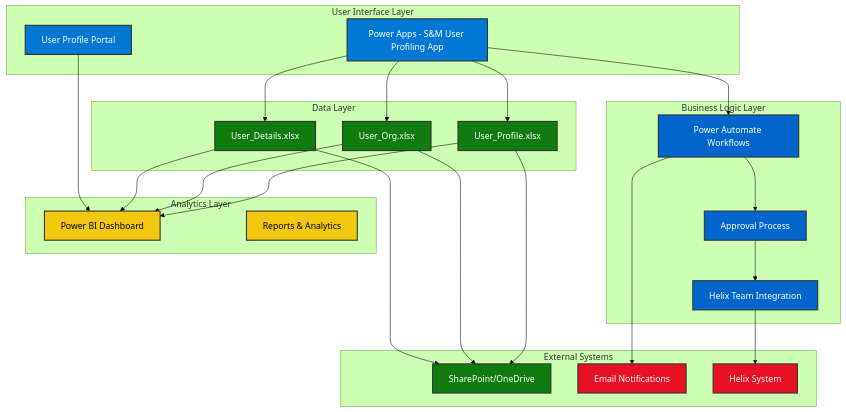
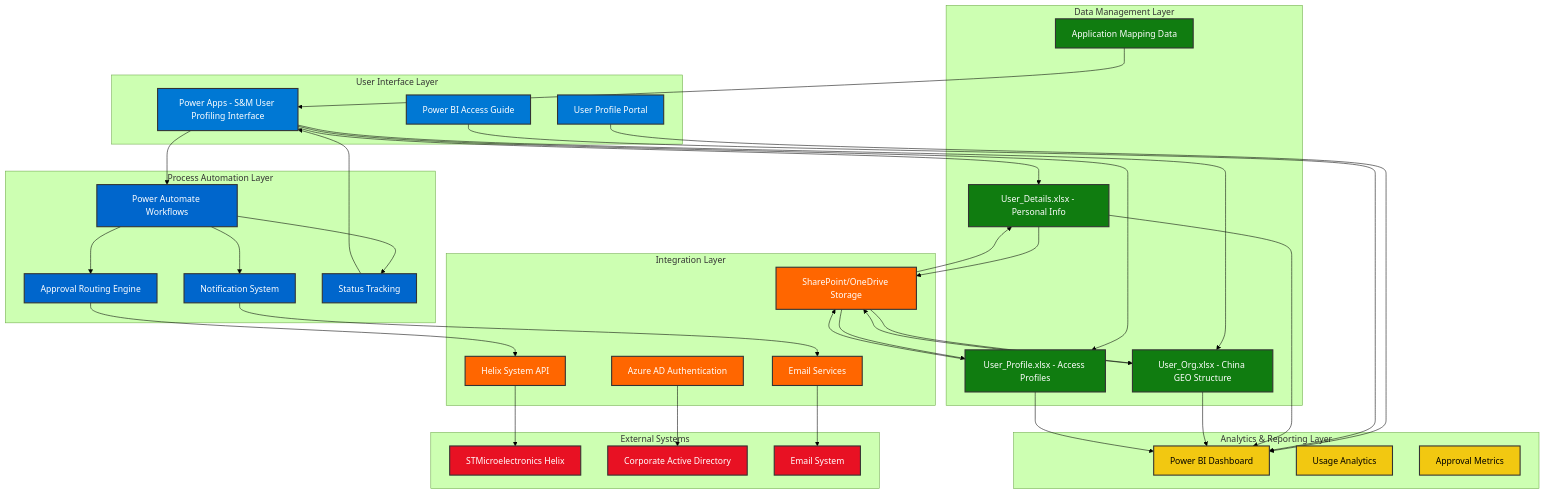
The diagram in docs/ARCHITECTURE.md (ASH-KAR/User-Profiling-App), drawn with Mermaid (forest theme) before and after one commit. The commit also changed other lines of this file, not shown here.

````diff
--- a/docs/ARCHITECTURE.md
+++ b/docs/ARCHITECTURE.md
@@ -1,58 +9,89 @@
 ```mermaid
 graph TB
     subgraph "User Interface Layer"
-        A[Power Apps - S&M User Profiling App]
+        A[Power Apps - S&M User Profiling Interface]
         B[User Profile Portal]
+        C[Power BI Access Guide]
     end
     
-    subgraph "Business Logic Layer"
-        C[Power Automate Workflows]
-        D[Approval Process]
-        E[Helix Team Integration]
+    subgraph "Process Automation Layer"
+        D[Power Automate Workflows]
+        E[Approval Routing Engine]
+        F[Notification System]
+        G[Status Tracking]
     end
     
-    subgraph "Data Layer"
-        F[User_Details.xlsx]
-        G[User_Org.xlsx] 
-        H[User_Profile.xlsx]
+    subgraph "Data Management Layer"
+        H[User_Details.xlsx - Personal Info]
+        I[User_Org.xlsx - China GEO Structure] 
+        J[User_Profile.xlsx - Access Profiles]
+        K[Application Mapping Data]
     end
     
-    subgraph "Analytics Layer"
-        I[Power BI Dashboard]
-        J[Reports & Analytics]
+    subgraph "Analytics & Reporting Layer"
+        L[Power BI Dashboard]
+        M[Usage Analytics]
+        N[Approval Metrics]
+    end
+    
+    subgraph "Integration Layer"
+        O[Helix System API]
+        P[SharePoint/OneDrive Storage]
+        Q[Email Services]
+        R[Azure AD Authentication]
     end
     
     subgraph "External Systems"
-        K[SharePoint/OneDrive]
-        L[Email Notifications]
-        M[Helix System]
+        S[STMicroelectronics Helix]
+        T[Corporate Active Directory]
+        U[Email System]
     end
     
-    A --> C
-    A --> F
-    A --> G
+    %% User Flow Connections
+    A --> D
     A --> H
-    B --> I
-    C --> D
+    A --> I
+    A --> J
+    B --> L
     C --> L
+    
+    %% Process Flow
     D --> E
-    E --> M
-    F --> I
-    G --> I
-    H --> I
-    F --> K
-    G --> K
-    H --> K
+    D --> F
+    D --> G
+    E --> O
+    F --> Q
+    G --> A
     
+    %% Data Flow
+    H --> P
+    I --> P
+    J --> P
+    K --> A
+    H --> L
+    I --> L
+    J --> L
+    
+    %% External Integration
+    O --> S
+    Q --> U
+    R --> T
+    P --> H
+    P --> I
+    P --> J
+    
+    %% Styling
     classDef powerApps fill:#0078d4,stroke:#333,stroke-width:2px,color:#fff
     classDef powerAutomate fill:#0066cc,stroke:#333,stroke-width:2px,color:#fff
     classDef powerBI fill:#f2c811,stroke:#333,stroke-width:2px,color:#000
     classDef data fill:#107c10,stroke:#333,stroke-width:2px,color:#fff
     classDef external fill:#e81123,stroke:#333,stroke-width:2px,color:#fff
+    classDef integration fill:#ff6600,stroke:#333,stroke-width:2px,color:#fff
     
-    class A,B powerApps
-    class C,D,E powerAutomate
-    class I,J powerBI
-    class F,G,H,K data
-    class L,M external
+    class A,B,C powerApps
+    class D,E,F,G powerAutomate
+    class L,M,N powerBI
+    class H,I,J,K data
+    class S,T,U external
+    class O,P,Q,R integration
 ```
````
